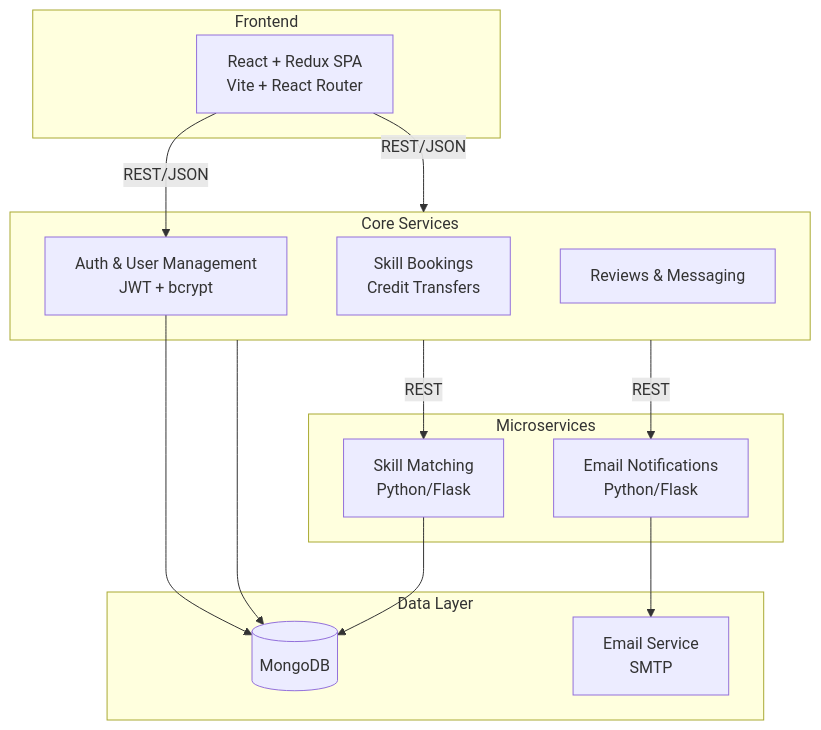
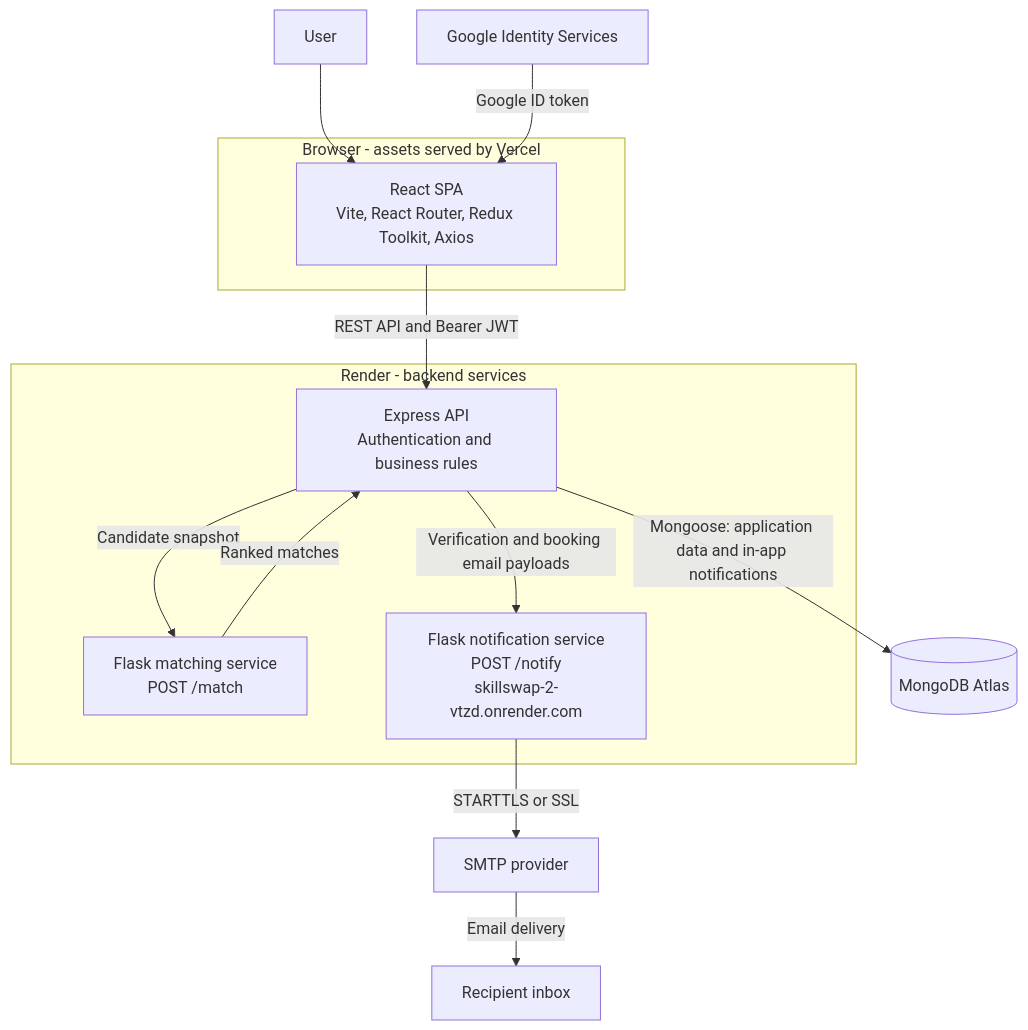
The first of 7 diagrams in README.md (eeemrann/skillswap), drawn with Mermaid before and after one commit. The commit also changed other lines of this file and 11 other files, not shown here.

Commit message:
Configure notification service deployment and SMTP integration

````diff
--- a/README.md
+++ b/README.md
@@ -35,28 +37,29 @@
 ```mermaid
 flowchart TB
-    subgraph Client["Frontend"]
-        A[React + Redux SPA<br/>Vite + React Router]
-    end
-    subgraph Services["Core Services"]
-        B["Auth & User Management<br/>JWT + bcrypt"]
-        C["Skill Bookings<br/>Credit Transfers"]
-        D["Reviews & Messaging"]
-    end
-    subgraph Microservices["Microservices"]
-        E["Skill Matching<br/>Python/Flask"]
-        F["Email Notifications<br/>Python/Flask"]
-    end
-    subgraph Data["Data Layer"]
-        G[(MongoDB)]
-        H["Email Service<br/>SMTP"]
+    User["User"]
+
+    subgraph Browser["Browser - assets served by Vercel"]
+        SPA["React SPA<br/>Vite, React Router, Redux Toolkit, Axios"]
     end
 
-    A -->|REST/JSON| B
-    A -->|REST/JSON| Services
-    B --> G
-    Services --> G
-    Services -->|REST| E
-    E --> G
-    Services -->|REST| F
-    F --> H
+    subgraph Render["Render - backend services"]
+        API["Express API<br/>Authentication and business rules"]
+        Match["Flask matching service<br/>POST /match"]
+        Email["Flask notification service<br/>POST /notify<br/>skillswap-2-vtzd.onrender.com"]
+    end
+
+    Mongo[("MongoDB Atlas")]
+    Google["Google Identity Services"]
+    SMTP["SMTP provider"]
+    Inbox["Recipient inbox"]
+
+    User --> SPA
+    Google -->|"Google ID token"| SPA
+    SPA -->|"REST API and Bearer JWT"| API
+    API -->|"Mongoose: application data and in-app notifications"| Mongo
+    API -->|"Candidate snapshot"| Match
+    Match -->|"Ranked matches"| API
+    API -->|"Verification and booking email payloads"| Email
+    Email -->|"STARTTLS or SSL"| SMTP
+    SMTP -->|"Email delivery"| Inbox
 ```
````
